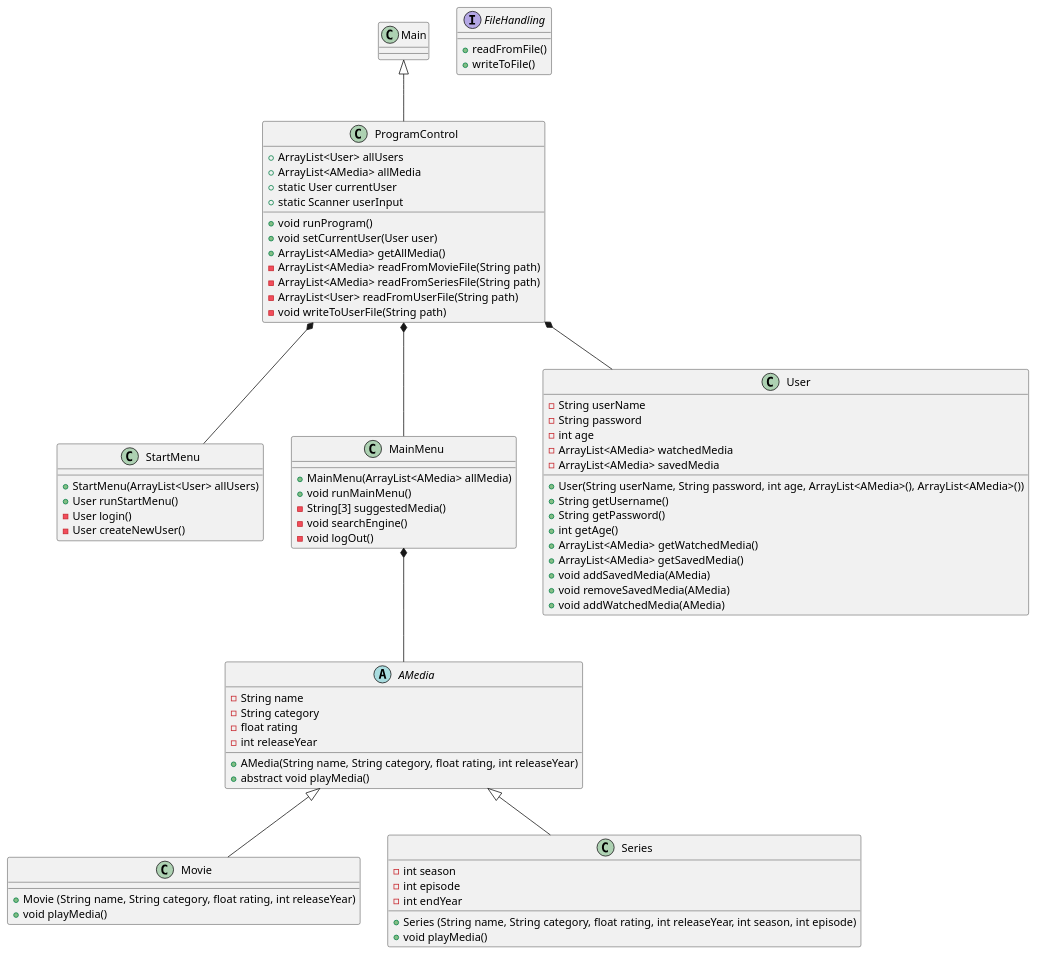
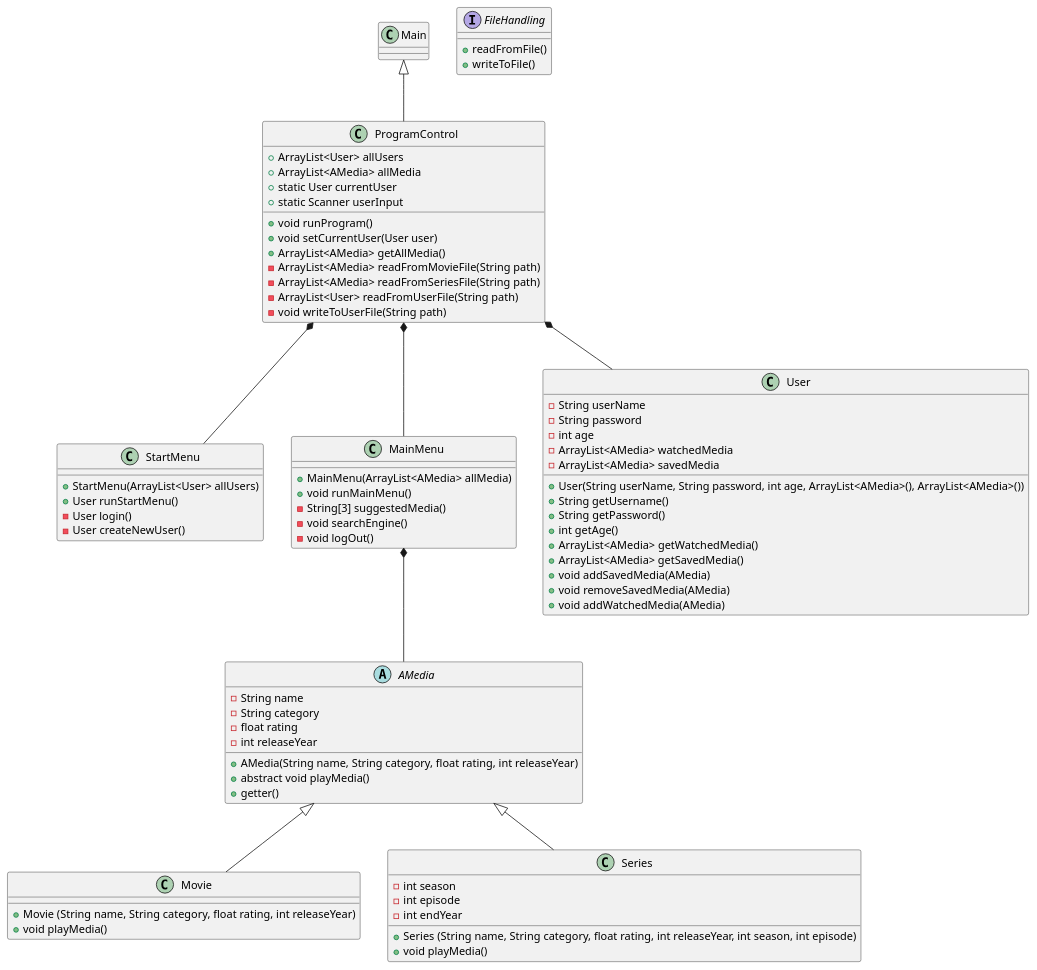
One commit to MrJustMeDahl/SP3---Streamingtjeneste changed the diagram in Design/Streamingservice design.puml. Above: the diagram before and after it, drawn with PlantUML. The commit also changed 1 other file, not shown here.

```diff
--- a/Design/Streamingservice design.puml
+++ b/Design/Streamingservice design.puml
@@ -1,85 +1,86 @@
 @startuml
 class Main
 Main <|-- ProgramControl
 ProgramControl *-- StartMenu
 ProgramControl *-- MainMenu
 ProgramControl *-- User
 
 MainMenu *-- AMedia
 AMedia <|-- Movie
 AMedia <|-- Series
 
 class ProgramControl{
 + ArrayList<User> allUsers
 + ArrayList<AMedia> allMedia
 + static User currentUser
 + static Scanner userInput
 + void runProgram()
 + void setCurrentUser(User user)
 + ArrayList<AMedia> getAllMedia()
 - ArrayList<AMedia> readFromMovieFile(String path)
 - ArrayList<AMedia> readFromSeriesFile(String path)
 - ArrayList<User> readFromUserFile(String path)
 - void writeToUserFile(String path)
 }
 
 class StartMenu{
 + StartMenu(ArrayList<User> allUsers)
 + User runStartMenu()
 - User login()
 - User createNewUser()
 }
 
 class MainMenu{
 + MainMenu(ArrayList<AMedia> allMedia)
 + void runMainMenu()
 - String[3] suggestedMedia()
 - void searchEngine()
 - void logOut()
 }
 
 abstract class AMedia{
 - String name
 - String category
 - float rating
 - int releaseYear
 + AMedia(String name, String category, float rating, int releaseYear)
 + abstract void playMedia()
++ getter()
 }
 
 class Movie{
 + Movie (String name, String category, float rating, int releaseYear)
 + void playMedia()
 }
 
 class Series{
 - int season
 - int episode
 - int endYear
 + Series (String name, String category, float rating, int releaseYear, int season, int episode)
 + void playMedia()
 }
 
 class User{
 - String userName
 - String password
 - int age
 - ArrayList<AMedia> watchedMedia
 - ArrayList<AMedia> savedMedia
 + User(String userName, String password, int age, ArrayList<AMedia>(), ArrayList<AMedia>())
 + String getUsername()
 + String getPassword()
 + int getAge()
 + ArrayList<AMedia> getWatchedMedia()
 + ArrayList<AMedia> getSavedMedia()
 + void addSavedMedia(AMedia)
 + void removeSavedMedia(AMedia)
 + void addWatchedMedia(AMedia)
 }
 
 interface FileHandling{
 + readFromFile()
 + writeToFile()
 }
 
 @enduml
```
